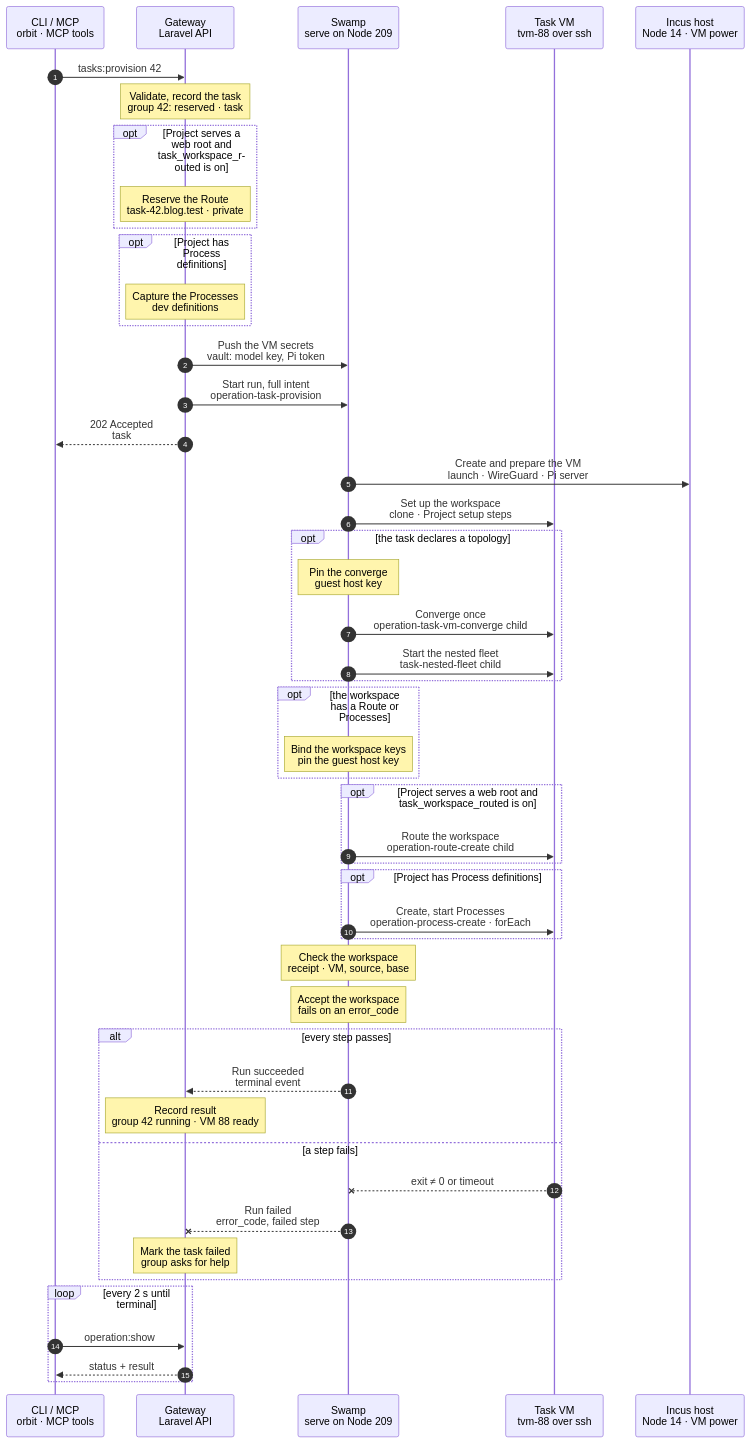
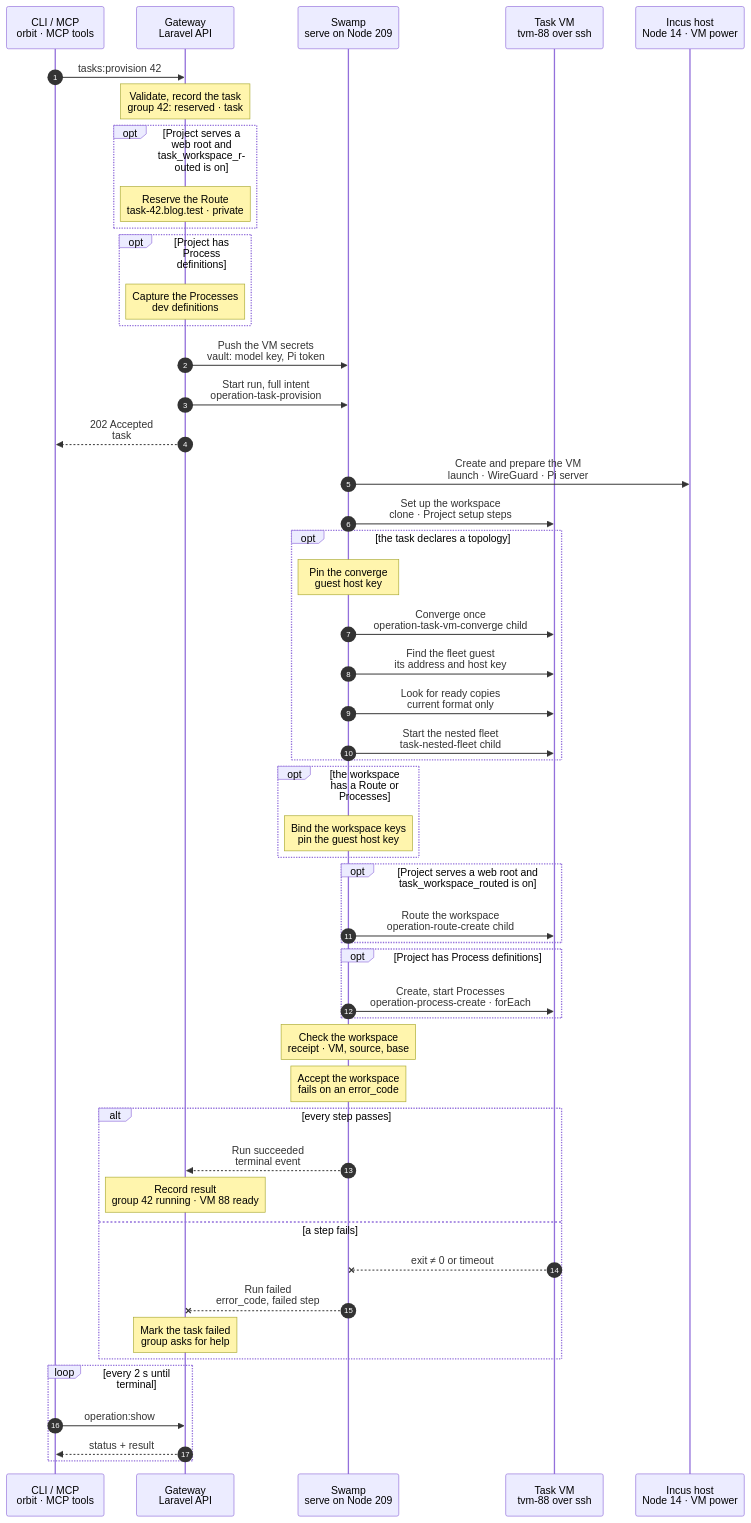
Before and after one commit to hardimpactdev/orbit: the diagram in docs/cli/tasks/provision.mmd, drawn with Mermaid. The commit also changed 8 other files, not shown here.

Commit message:
fix(swamp): one lookup for the nested fleet, and a refresh without ready copies fails before it publishes

```diff
--- a/docs/cli/tasks/provision.mmd
+++ b/docs/cli/tasks/provision.mmd
@@ -1,94 +1,100 @@
 sequenceDiagram
   %% Target design: ADR 0244 (a task group is one root task; Pi turns use the pi driver), Recall swamp-tasks-swamp-orchestrates-pi + task-vms-swamp-via-ssh, DECISIONS R1-R4.
   %% Tightened: flow-tighten 2026-11-02, rule 22. Cut 2026-11-02 (orchestrator): provision creates the VM and the workspace only; the group-run driver composes tasks.check, tasks.turn, tasks.publish, tasks.park and tasks.cancel.
   %% Reviewed: Nick 2026-11-03 (P1): the workspace gets the Project's Route and Processes through the same children as instance:create; rules 23 and 25. What it covers, capacity and image fallback are on the docs page.
   %% status: reviewed
   %% command: tasks:provision
   %% kind: tasks.provision
   autonumber
   %% lane CLI icon=terminal pill=caller tone=gray
   %% lane GW icon=gateway pill=intent tone=blue
   %% lane SW icon=workflow pill=executes tone=green
   %% lane VM icon=server pill=target tone=amber
   %% lane H icon=server pill=target tone=purple
   participant CLI as CLI / MCP<br/>orbit · MCP tools
   participant GW as Gateway<br/>Laravel API
   participant SW as Swamp<br/>serve on Node 209
   participant VM as Task VM<br/>tvm-88 over ssh
   participant H as Incus host<br/>Node 14 · VM power
   CLI->>GW: tasks:provision 42
   Note over GW: Validate, record the task<br/>group 42: reserved · task #5140
   %%> When it waits:
   %%> - no host has room or a usable image: the task waits (`capacity`) and starts when a VM is destroyed or an image is promoted
   opt Project serves a web root and task_workspace_routed is on
     Note over GW: Reserve the Route<br/>task-42.blog.test · private
     %%> Why first:
     %%> - the Route changes how Process units render; capturing Processes after it keeps admission and dispatch identical
   end
   opt Project has Process definitions
     Note over GW: Capture the Processes<br/>dev definitions
   end
   GW->>SW: Push the VM secrets<br/>vault: model key, Pi token
   %%> Why:
   %%> - secrets go Gateway → vault → step; the run inputs hold only vault key names
   GW->>SW: Start run, full intent<br/>operation-task-provision
   GW-->>CLI: 202 Accepted<br/>task #5140
   SW->>H: Create and prepare the VM<br/>launch · WireGuard · Pi server
   SW->>VM: Set up the workspace<br/>clone · Project setup steps
   %%> The clone credential:
   %%> - the first step asks the Gateway for it (`operation:direct:github-token`, `purpose: clone`), not admission: the VM step before it can wait for capacity for longer than the hour an installation token lives
   %%> - the Gateway writes a read-only Git authorization header, or an empty value for a repository the App does not cover, to the vault key that admission named
   %%> - no task VM holds a GitHub credential: the clone runs on Node 209 with full history, the VM receives it as a bundle, and no credential stays in `.git/config`, a credential helper or an environment file
   %%> Why redacted:
   %%> - setup output stays on the VM; only a redacted 4 KiB tail reaches history
   opt the task declares a topology
     Note over SW: Pin the converge<br/>guest host key
     %%> Why:
     %%> - the guest's host key exists only after the VM step pins it; the converge intent leaves it unset until then
     SW->>VM: Converge once<br/>operation-task-vm-converge child
     %%> What it does:
     %%> - runs the task VM role phases on the outer VM (docs/cli/tasks/vm-converge.mmd): the NFS server with the export of the checkout to the nested network, the firewall rules of the bridge, and Incus with its default pool, the nested network and the topology seed pool recovered from the seed disk
     %%> Why:
     %%> - the image may predate these phases; a VM at the pins reports no change
+    SW->>VM: Find the fleet guest<br/>its address and host key
+    %%> What it does:
+    %%> - the behavior `tp-data-guest-fleet` reads the guest's SSH target from the VM step, as the fleet child does
+    SW->>VM: Look for ready copies<br/>current format only
+    %%> What it does:
+    %%> - lists the instances `fleet-ready-*` that carry `user.ready.format` of the current value; the next step starts only when there are three
     SW->>VM: Start the nested fleet<br/>task-nested-fleet child
     %%> What it does:
     %%> - creates the nested network from the subnet that the ready copies of the seed store (the converge may have made it; the fleet checks that its subnet is the stored one), copies the three ready copies, gives each its stored MAC and address, and starts them
     %%> - joins as operator: the VM makes its own WireGuard key, writes the public key into the nested Gateway's operator record with `incus exec`, puts it on the hub and brings up `wg-nested` as 10.45.0.10
     %%> - adds the CLI profile `nested` on the VM: the root CA of the nested Gateway is pinned and the candidate CLI of the checkout is pointed at it by address
     %%> - pushes the proof Swamp Club key from the VM into the nested Gateway, where the re-mint below restarts its Swamp
     %%> Why:
     %%> - the task owns the network and the three VMs; it needs no earlier fleet and no state from another VM (stage 2 of the command development pipeline)
-    %%> Decided by the orchestrator, for Nick's review: a seed without its three ready copies skips the fleet until the fleet build (`task_vm.fleet_build`) lands; the result records `nested_fleet: none`
+    %%> Decided by the orchestrator, for Nick's review: a seed without its three ready copies skips the fleet with one guard on this step, and the result records `nested_fleet: none`; the refresh of the task image refuses such a VM
     %%> - mounts the checkout state and applies it (child `task-nested-apply`): the bind mounts of `.env`, `storage` and `bootstrap/cache` over the NFS checkout, the re-mint of the Swamp tokens of the nested Gateway (the play `remint`, from the mounted checkout; only a fleet started from ready copies), the migrations, and a restart of the Gateway's queue worker, scheduler and agent-view subscriber
     %%> - checks readiness from the VM over the operator's WireGuard address: every Node agent online, the operator known to the nested Gateway, Doctor healthy
     %%> - takes the stateful snapshot `base` of the three nested VMs, memory included; the proof batches restore it
   end
   opt the workspace has a Route or Processes
     Note over SW: Bind the workspace keys<br/>pin the guest host key
     %%> Why:
     %%> - the guest's host key exists only after the VM step pins it; the Gateway leaves only the guest's targets unpinned
   end
   opt Project serves a web root and task_workspace_routed is on
     SW->>VM: Route the workspace<br/>operation-route-create child
     %%> Why a child:
     %%> - the same Route child instance:create runs; its signing authorizes against this root run
   end
   opt Project has Process definitions
     SW->>VM: Create, start Processes<br/>operation-process-create · forEach
   end
   Note over SW: Check the workspace<br/>receipt · VM, source, base
   Note over SW: Accept the workspace<br/>fails on an error_code
   alt every step passes
     SW-->>GW: Run succeeded<br/>terminal event
     Note over GW: Record result<br/>group 42 running · VM 88 ready
   else a step fails
     VM--xSW: exit ≠ 0 or timeout
     SW--xGW: Run failed<br/>error_code, failed step
     Note over GW: Mark the task failed<br/>group asks for help
     %%> On the VM:
     %%> - VM 88 and its checkout stay; there is no rollback; `tasks:cancel 42` ends the group and removes the VM
   end
   loop every 2 s until terminal
     CLI->>GW: operation:show #5140
     GW-->>CLI: status + result
   end
```
